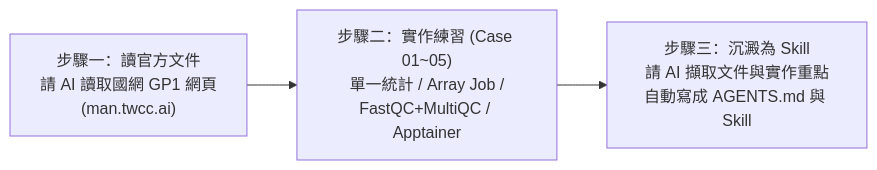
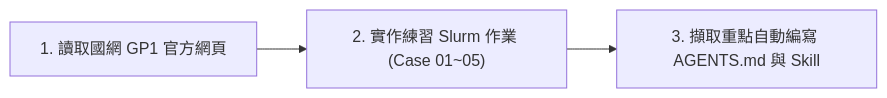
One commit to gemini960114/nano4-ngs-slurm-skill changed the diagram in 03-basic-slurm-and-qc/README.md. Above: the diagram before and after it, drawn with Mermaid. The commit also changed 5 other files, not shown here.

Commit message:
fix(docs): add VitePress custom.css for hero typography, remove extra home text, and fix Mermaid br syntax

````diff
--- a/03-basic-slurm-and-qc/README.md
+++ b/03-basic-slurm-and-qc/README.md
@@ -10,5 +10,5 @@
 ```mermaid
 flowchart LR
-    S1["步驟一：讀官方文件<br>請 AI 讀取國網 GP1 網頁<br>(man.twcc.ai)"] --> S2["步驟二：實作練習 (Case 01~05)<br>單一統計 / Array Job /<br>FastQC+MultiQC / Apptainer"]
-    S2 --> S3["步驟三：沉澱為 Skill<br>請 AI 擷取文件與實作重點<br>自動寫成 AGENTS.md 與 Skill"]
+    S1["1. 讀取國網 GP1 官方網頁"] --> S2["2. 實作練習 Slurm 作業 (Case 01~05)"]
+    S2 --> S3["3. 擷取重點自動編寫 AGENTS.md 與 Skill"]
 ```
````
